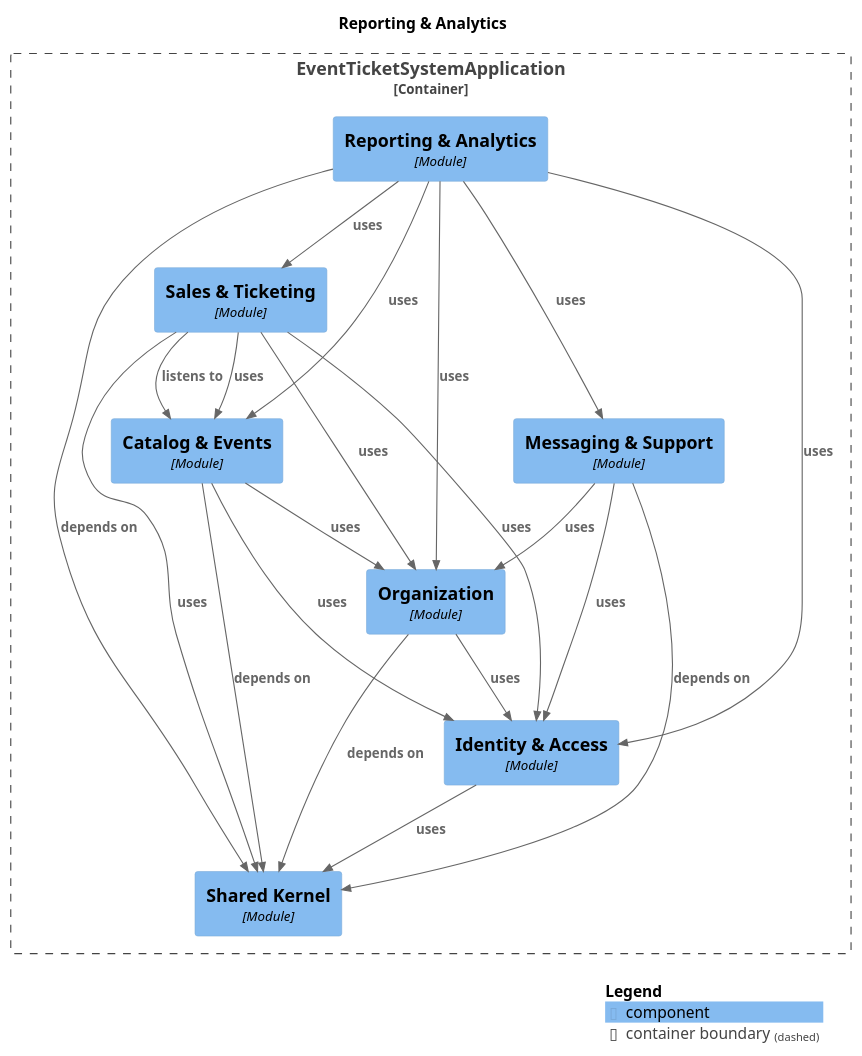
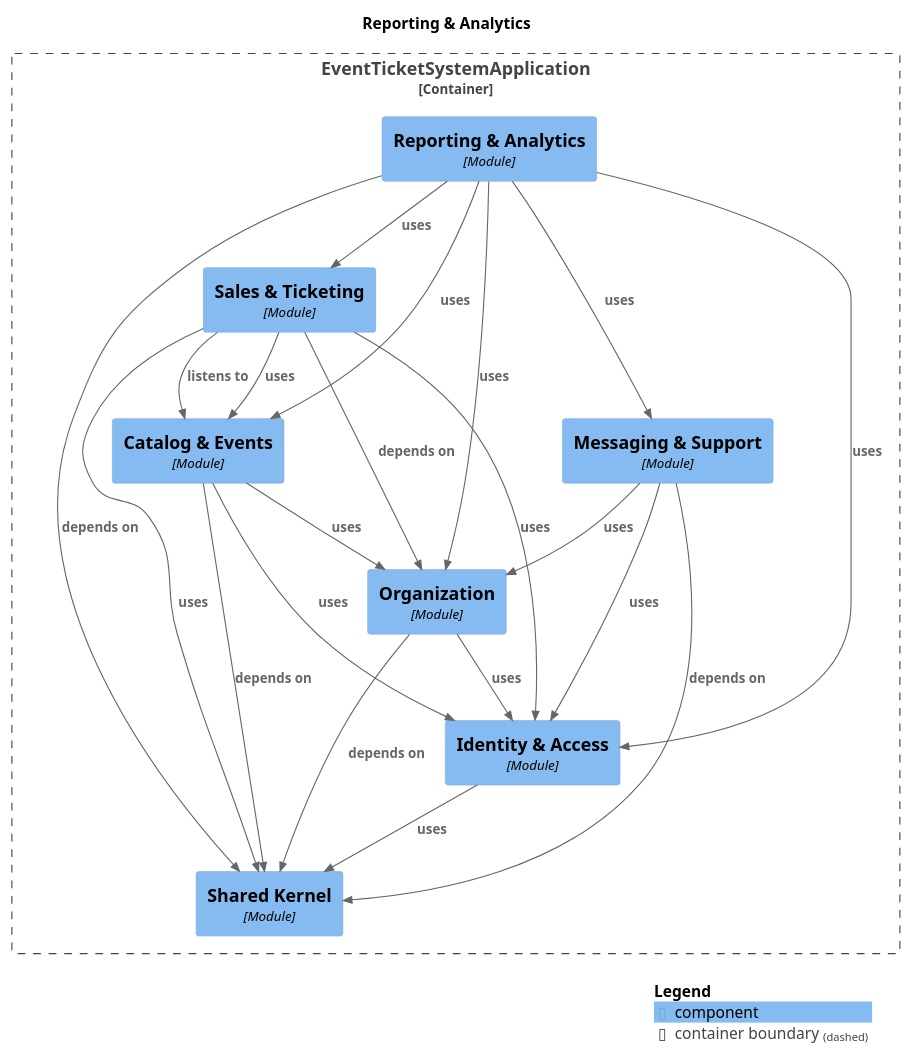
Before and after one commit to NaimElijah/Ticketeer: the diagram in docs/architecture/module-reporting.puml, drawn with PlantUML. The commit also changed 16 other files, not shown here.

First line of the commit message:
docs(architecture): refresh the Modulith snapshot

```diff
--- a/docs/architecture/module-reporting.puml
+++ b/docs/architecture/module-reporting.puml
@@ -1,43 +1,43 @@
 @startuml
 set separator none
 title Reporting & Analytics
 
 top to bottom direction
 
 !include <C4/C4>
 !include <C4/C4_Context>
 !include <C4/C4_Component>
 
 Container_Boundary("EventTicketSystemApplication.EventTicketSystemApplication_boundary", "EventTicketSystemApplication", $tags="") {
   Component(EventTicketSystemApplication.EventTicketSystemApplication.ReportingAnalytics, "Reporting & Analytics", $techn="Module", $descr="", $tags="", $link="")
   Component(EventTicketSystemApplication.EventTicketSystemApplication.SharedKernel, "Shared Kernel", $techn="Module", $descr="", $tags="", $link="")
   Component(EventTicketSystemApplication.EventTicketSystemApplication.IdentityAccess, "Identity & Access", $techn="Module", $descr="", $tags="", $link="")
   Component(EventTicketSystemApplication.EventTicketSystemApplication.Organization, "Organization", $techn="Module", $descr="", $tags="", $link="")
   Component(EventTicketSystemApplication.EventTicketSystemApplication.CatalogEvents, "Catalog & Events", $techn="Module", $descr="", $tags="", $link="")
   Component(EventTicketSystemApplication.EventTicketSystemApplication.MessagingSupport, "Messaging & Support", $techn="Module", $descr="", $tags="", $link="")
   Component(EventTicketSystemApplication.EventTicketSystemApplication.SalesTicketing, "Sales & Ticketing", $techn="Module", $descr="", $tags="", $link="")
 }
 
-Rel(EventTicketSystemApplication.EventTicketSystemApplication.CatalogEvents, EventTicketSystemApplication.EventTicketSystemApplication.SharedKernel, "depends on", $techn="", $tags="", $link="")
-Rel(EventTicketSystemApplication.EventTicketSystemApplication.CatalogEvents, EventTicketSystemApplication.EventTicketSystemApplication.IdentityAccess, "uses", $techn="", $tags="", $link="")
-Rel(EventTicketSystemApplication.EventTicketSystemApplication.CatalogEvents, EventTicketSystemApplication.EventTicketSystemApplication.Organization, "uses", $techn="", $tags="", $link="")
+Rel(EventTicketSystemApplication.EventTicketSystemApplication.SalesTicketing, EventTicketSystemApplication.EventTicketSystemApplication.IdentityAccess, "uses", $techn="", $tags="", $link="")
+Rel(EventTicketSystemApplication.EventTicketSystemApplication.Organization, EventTicketSystemApplication.EventTicketSystemApplication.SharedKernel, "depends on", $techn="", $tags="", $link="")
+Rel(EventTicketSystemApplication.EventTicketSystemApplication.Organization, EventTicketSystemApplication.EventTicketSystemApplication.IdentityAccess, "uses", $techn="", $tags="", $link="")
 Rel(EventTicketSystemApplication.EventTicketSystemApplication.MessagingSupport, EventTicketSystemApplication.EventTicketSystemApplication.SharedKernel, "depends on", $techn="", $tags="", $link="")
 Rel(EventTicketSystemApplication.EventTicketSystemApplication.MessagingSupport, EventTicketSystemApplication.EventTicketSystemApplication.IdentityAccess, "uses", $techn="", $tags="", $link="")
 Rel(EventTicketSystemApplication.EventTicketSystemApplication.MessagingSupport, EventTicketSystemApplication.EventTicketSystemApplication.Organization, "uses", $techn="", $tags="", $link="")
-Rel(EventTicketSystemApplication.EventTicketSystemApplication.SalesTicketing, EventTicketSystemApplication.EventTicketSystemApplication.CatalogEvents, "listens to", $techn="", $tags="", $link="")
-Rel(EventTicketSystemApplication.EventTicketSystemApplication.SalesTicketing, EventTicketSystemApplication.EventTicketSystemApplication.SharedKernel, "uses", $techn="", $tags="", $link="")
-Rel(EventTicketSystemApplication.EventTicketSystemApplication.SalesTicketing, EventTicketSystemApplication.EventTicketSystemApplication.CatalogEvents, "uses", $techn="", $tags="", $link="")
-Rel(EventTicketSystemApplication.EventTicketSystemApplication.SalesTicketing, EventTicketSystemApplication.EventTicketSystemApplication.IdentityAccess, "uses", $techn="", $tags="", $link="")
-Rel(EventTicketSystemApplication.EventTicketSystemApplication.SalesTicketing, EventTicketSystemApplication.EventTicketSystemApplication.Organization, "uses", $techn="", $tags="", $link="")
-Rel(EventTicketSystemApplication.EventTicketSystemApplication.IdentityAccess, EventTicketSystemApplication.EventTicketSystemApplication.SharedKernel, "uses", $techn="", $tags="", $link="")
-Rel(EventTicketSystemApplication.EventTicketSystemApplication.Organization, EventTicketSystemApplication.EventTicketSystemApplication.SharedKernel, "depends on", $techn="", $tags="", $link="")
-Rel(EventTicketSystemApplication.EventTicketSystemApplication.Organization, EventTicketSystemApplication.EventTicketSystemApplication.IdentityAccess, "uses", $techn="", $tags="", $link="")
 Rel(EventTicketSystemApplication.EventTicketSystemApplication.ReportingAnalytics, EventTicketSystemApplication.EventTicketSystemApplication.SharedKernel, "depends on", $techn="", $tags="", $link="")
 Rel(EventTicketSystemApplication.EventTicketSystemApplication.ReportingAnalytics, EventTicketSystemApplication.EventTicketSystemApplication.CatalogEvents, "uses", $techn="", $tags="", $link="")
 Rel(EventTicketSystemApplication.EventTicketSystemApplication.ReportingAnalytics, EventTicketSystemApplication.EventTicketSystemApplication.SalesTicketing, "uses", $techn="", $tags="", $link="")
 Rel(EventTicketSystemApplication.EventTicketSystemApplication.ReportingAnalytics, EventTicketSystemApplication.EventTicketSystemApplication.MessagingSupport, "uses", $techn="", $tags="", $link="")
 Rel(EventTicketSystemApplication.EventTicketSystemApplication.ReportingAnalytics, EventTicketSystemApplication.EventTicketSystemApplication.Organization, "uses", $techn="", $tags="", $link="")
 Rel(EventTicketSystemApplication.EventTicketSystemApplication.ReportingAnalytics, EventTicketSystemApplication.EventTicketSystemApplication.IdentityAccess, "uses", $techn="", $tags="", $link="")
+Rel(EventTicketSystemApplication.EventTicketSystemApplication.CatalogEvents, EventTicketSystemApplication.EventTicketSystemApplication.SharedKernel, "depends on", $techn="", $tags="", $link="")
+Rel(EventTicketSystemApplication.EventTicketSystemApplication.CatalogEvents, EventTicketSystemApplication.EventTicketSystemApplication.IdentityAccess, "uses", $techn="", $tags="", $link="")
+Rel(EventTicketSystemApplication.EventTicketSystemApplication.CatalogEvents, EventTicketSystemApplication.EventTicketSystemApplication.Organization, "uses", $techn="", $tags="", $link="")
+Rel(EventTicketSystemApplication.EventTicketSystemApplication.IdentityAccess, EventTicketSystemApplication.EventTicketSystemApplication.SharedKernel, "uses", $techn="", $tags="", $link="")
+Rel(EventTicketSystemApplication.EventTicketSystemApplication.SalesTicketing, EventTicketSystemApplication.EventTicketSystemApplication.CatalogEvents, "listens to", $techn="", $tags="", $link="")
+Rel(EventTicketSystemApplication.EventTicketSystemApplication.SalesTicketing, EventTicketSystemApplication.EventTicketSystemApplication.Organization, "depends on", $techn="", $tags="", $link="")
+Rel(EventTicketSystemApplication.EventTicketSystemApplication.SalesTicketing, EventTicketSystemApplication.EventTicketSystemApplication.SharedKernel, "uses", $techn="", $tags="", $link="")
+Rel(EventTicketSystemApplication.EventTicketSystemApplication.SalesTicketing, EventTicketSystemApplication.EventTicketSystemApplication.CatalogEvents, "uses", $techn="", $tags="", $link="")
 
 SHOW_LEGEND(true)
 @enduml
```
